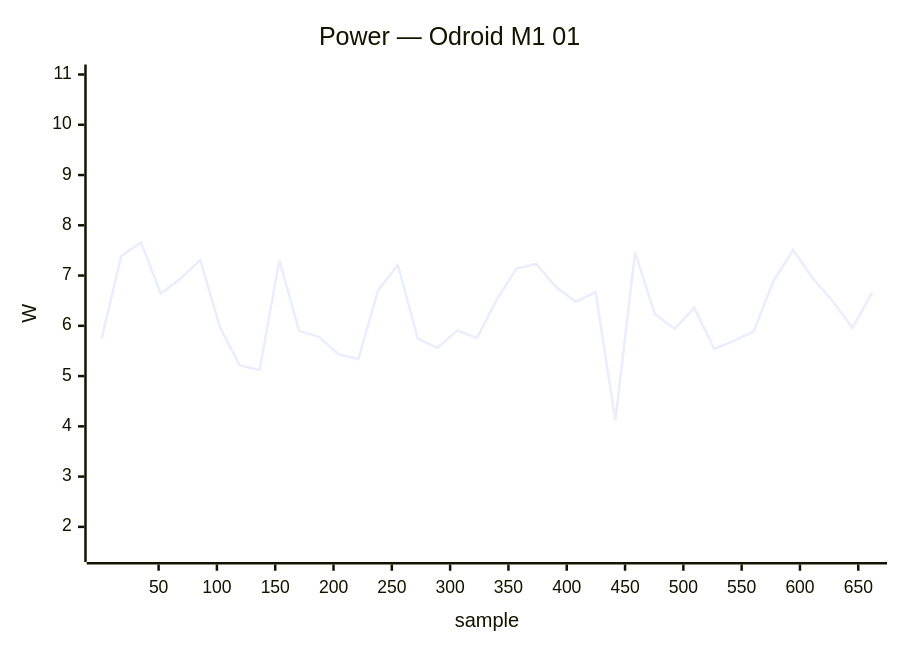
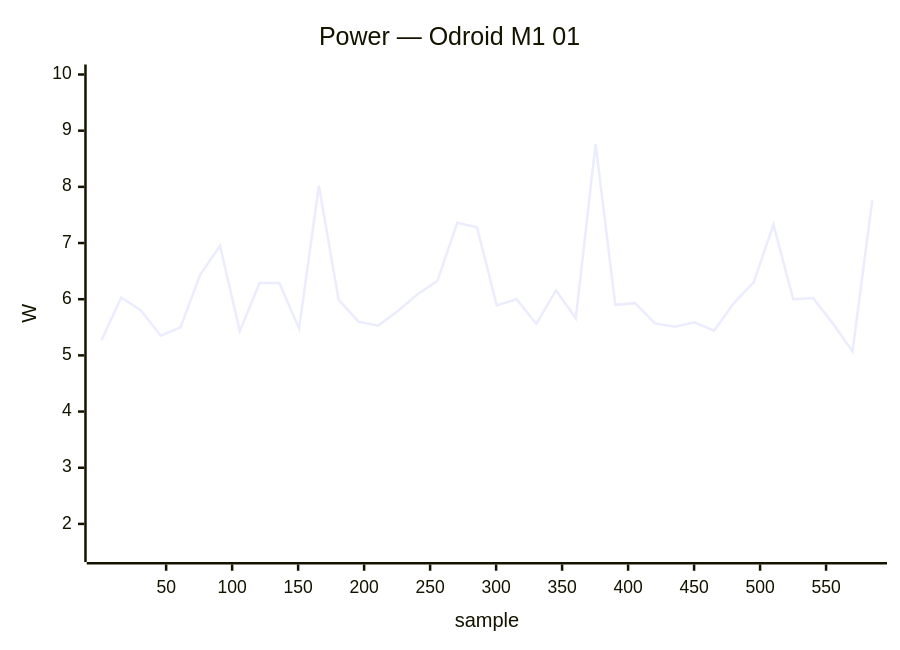
One commit to armbian/documentation changed diagram 23 of 34 in docs/status/board-tests.md. Above: the diagram before and after it, drawn with Mermaid. The commit also changed other lines of this file, not shown here.

````diff
--- a/docs/status/board-tests.md
+++ b/docs/status/board-tests.md
@@ -1145,7 +1174,7 @@
 ```mermaid
 xychart-beta
     title "Power — Odroid M1 01"
-    x-axis "sample" 1 --> 662
-    y-axis "W" 1.5 --> 11.0
-    line [5.74, 7.39, 7.66, 6.64, 6.94, 7.31, 5.97, 5.21, 5.12, 7.30, 5.90, 5.78, 5.43, 5.34, 6.71, 7.21, 5.75, 5.56, 5.91, 5.76, 6.52, 7.14, 7.23, 6.77, 6.48, 6.67, 4.12, 7.46, 6.23, 5.94, 6.36, 5.54, 5.70, 5.89, 6.89, 7.51, 6.94, 6.49, 5.96, 6.66]
+    x-axis "sample" 1 --> 585
+    y-axis "W" 1.5 --> 10.0
+    line [5.27, 6.03, 5.80, 5.35, 5.50, 6.44, 6.95, 5.43, 6.29, 6.29, 5.48, 8.02, 5.99, 5.60, 5.53, 5.79, 6.09, 6.33, 7.36, 7.28, 5.89, 6.00, 5.56, 6.16, 5.66, 8.76, 5.90, 5.93, 5.57, 5.51, 5.59, 5.44, 5.93, 6.30, 7.33, 6.00, 6.02, 5.57, 5.07, 7.76]
 ```
````
